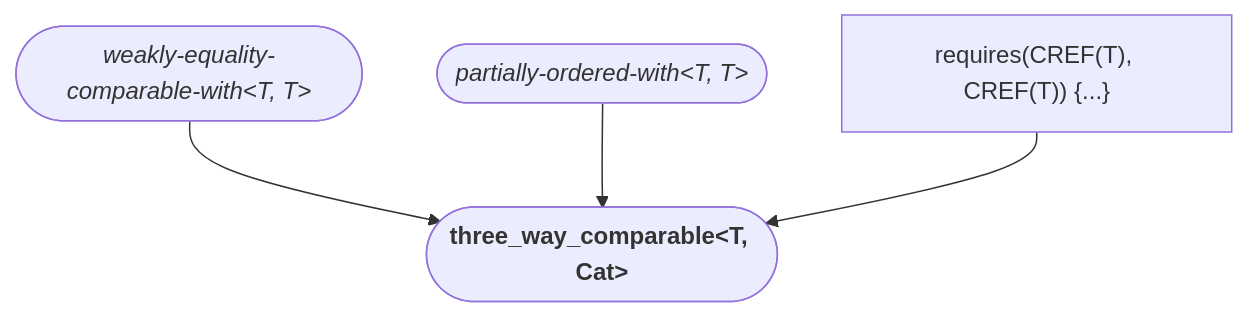
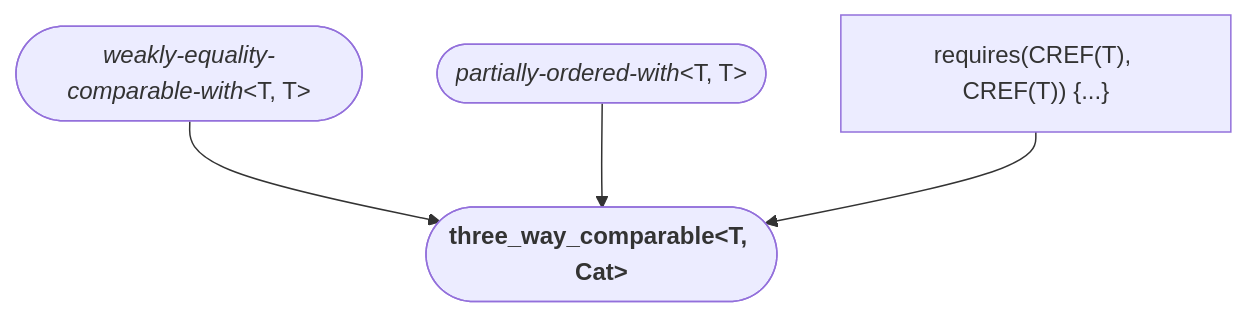
Diagram 27 of 28 in README.md (yohhoy/cpp-concepts), drawn with Mermaid before and after one commit. The commit also changed other lines of this file, not shown here.

````diff
--- a/README.md
+++ b/README.md
@@ -245,7 +312,7 @@
 ```mermaid
 graph TD
     %% std::three_way_comparable<T, Cat>
-    weakly-equality-comparable-with(["<i>weakly-equality-comparable-with&lt;T, T&gt;</i>"]) --> three_way_comparable(["<b>three_way_comparable&lt;T, Cat&gt;</b>"])
-    partially-ordered-with(["<i>partially-ordered-with&lt;T, T&gt;</i>"]) --> three_way_comparable
+    weakly-equality-comparable-with(["<i>weakly-equality-comparable-with</i>&lt;T, T&gt;"]) --> three_way_comparable(["<b>three_way_comparable&lt;T, Cat&gt;</b>"])
+    partially-ordered-with(["<i>partially-ordered-with</i>&lt;T, T&gt;"]) --> three_way_comparable
     AC["requires(CREF(T), CREF(T)) {...}"] --> three_way_comparable
 ```
````
